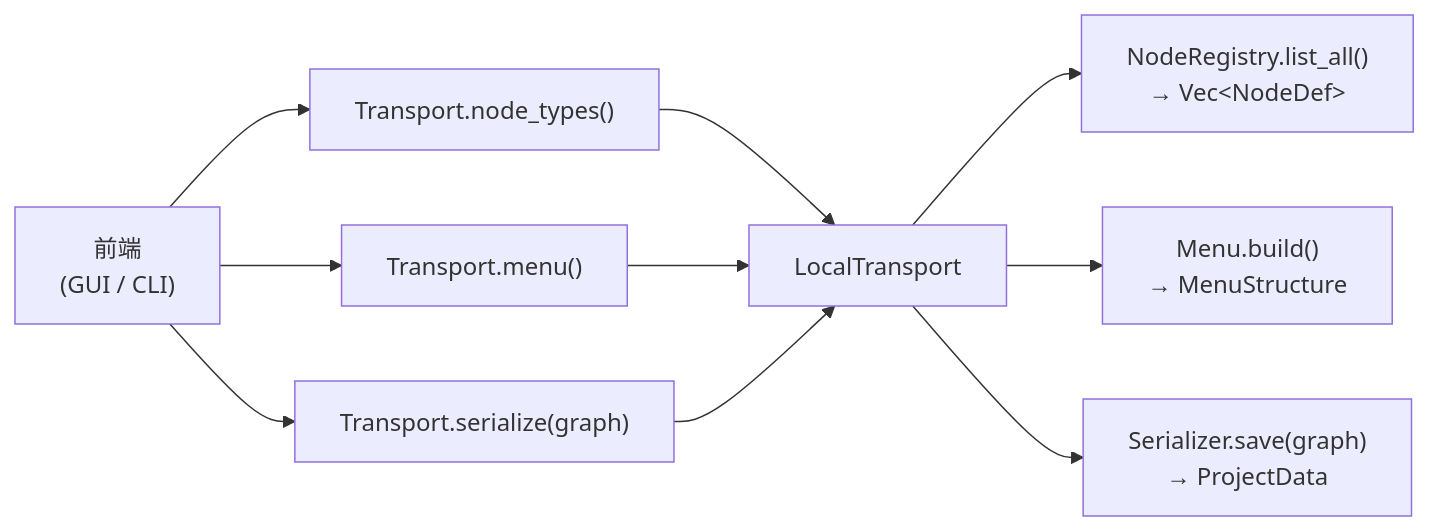
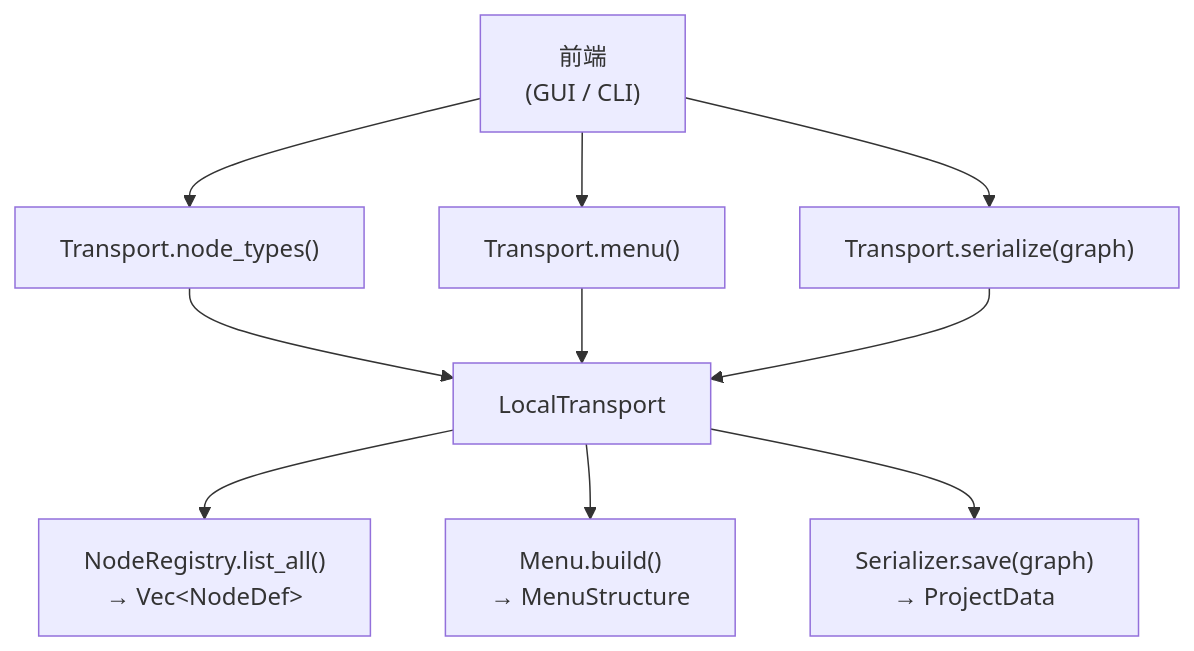
One commit to aporicho/nodeimg changed the second of 3 diagrams in docs/targetv2/01-overview.md. Above: the diagram before and after it, drawn with Mermaid. The commit also changed other lines of this file and 56 other files, not shown here.

````diff
--- a/docs/targetv2/01-overview.md
+++ b/docs/targetv2/01-overview.md
@@ -110,18 +110,18 @@
 ```mermaid
-flowchart LR
+flowchart TB
     FE["前端\n(GUI / CLI)"]:::frontend
 
     NT["Transport.node_types()"]:::transport
     MN["Transport.menu()"]:::transport
     SR["Transport.serialize(graph)"]:::transport
 
     LT["LocalTransport"]:::transport
 
     NR["NodeRegistry.list_all()\n→ Vec&lt;NodeDef&gt;"]:::service
     MB["Menu.build()\n→ MenuStructure"]:::service
     SZ["Serializer.save(graph)\n→ ProjectData"]:::service
 
     FE --> NT --> LT --> NR
     FE --> MN --> LT --> MB
     FE --> SR --> LT --> SZ
 ```
````
